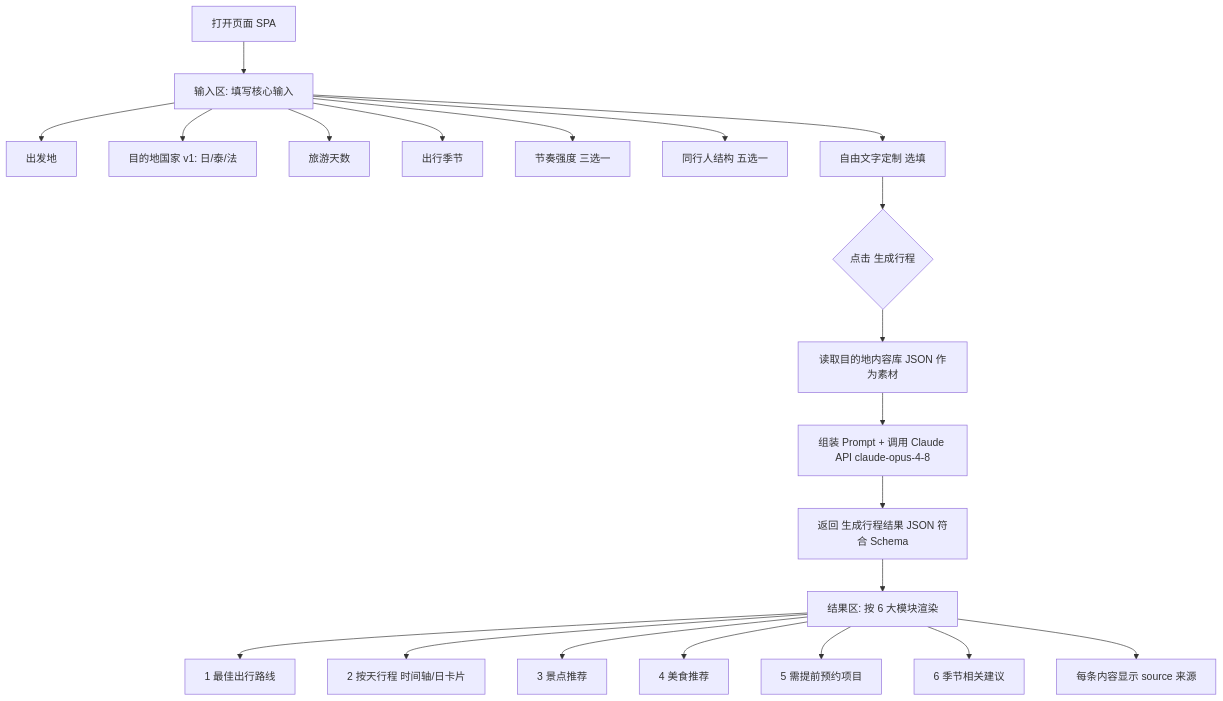
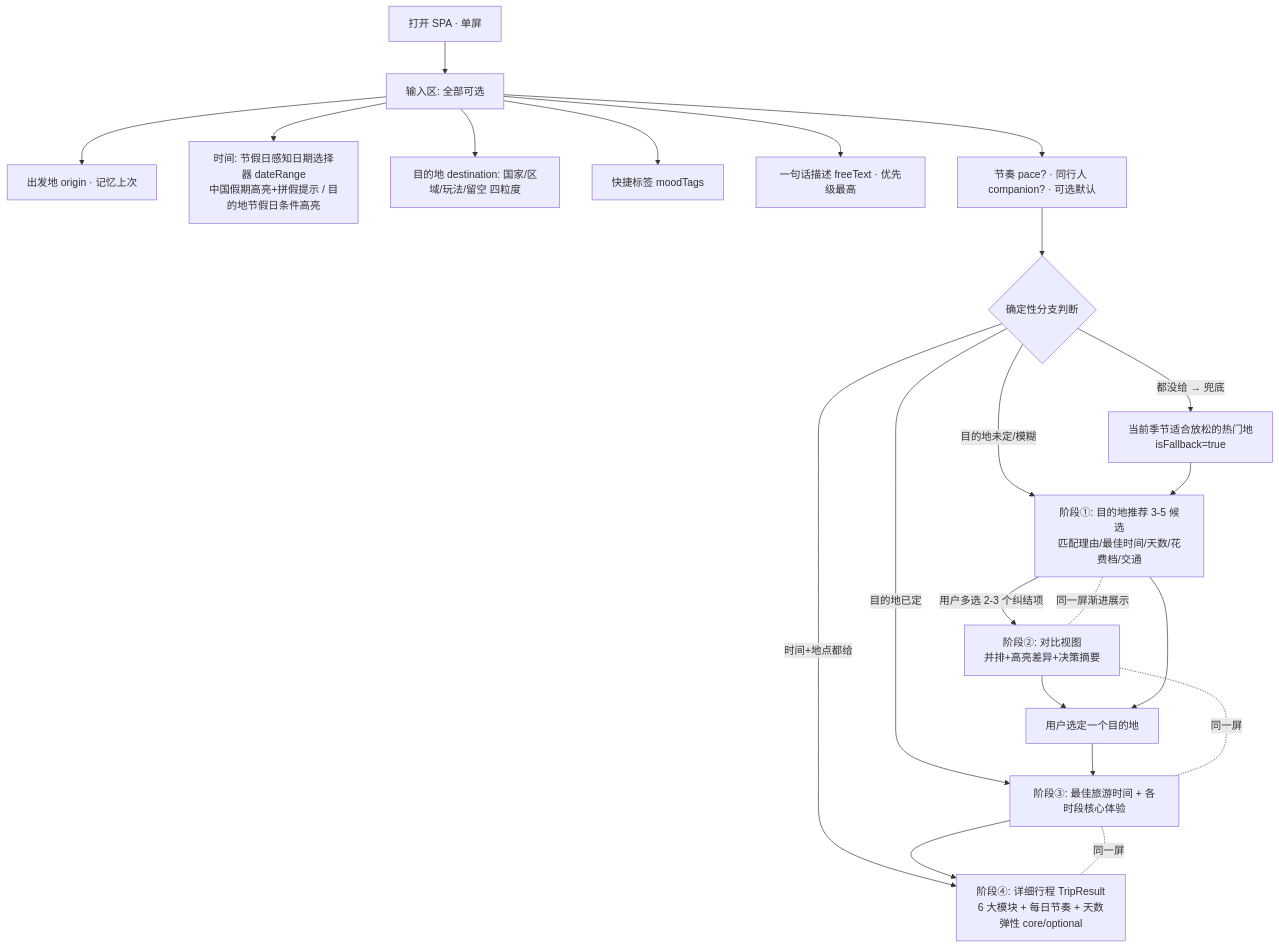
Before and after one commit to orieangulu-creator/happyforfun: the diagram in docs/PRD.md, drawn with Mermaid. The commit also changed other lines of this file and 2 other files, not shown here.

First line of the commit message:
M1 v2: rework PRD & schema for bidirectional matching, zero-required input

````diff
--- a/docs/PRD.md
+++ b/docs/PRD.md
@@ -125,23 +131,29 @@
 ```mermaid
 flowchart TD
-    A[打开页面 SPA] --> B[输入区: 填写核心输入]
-    B --> B1[出发地]
-    B --> B2[目的地国家 v1: 日/泰/法]
-    B --> B3[旅游天数]
-    B --> B4[出行季节]
-    B --> B5[节奏强度 三选一]
-    B --> B6[同行人结构 五选一]
-    B --> B7[自由文字定制 选填]
-    B7 --> C{点击 生成行程}
-    C --> D[读取目的地内容库 JSON 作为素材]
-    D --> E[组装 Prompt + 调用 Claude API claude-opus-4-8]
-    E --> F[返回 生成行程结果 JSON 符合 Schema]
-    F --> G[结果区: 按 6 大模块渲染]
-    G --> G1[1 最佳出行路线]
-    G --> G2[2 按天行程 时间轴/日卡片]
-    G --> G3[3 景点推荐]
-    G --> G4[4 美食推荐]
-    G --> G5[5 需提前预约项目]
-    G --> G6[6 季节相关建议]
-    G --> H[每条内容显示 source 来源]
+    A[打开 SPA · 单屏] --> B[输入区: 全部可选]
+    B --> B1[出发地 origin · 记忆上次]
+    B --> B2[时间: 节假日感知日期选择器 dateRange<br/>中国假期高亮+拼假提示 / 目的地节假日条件高亮]
+    B --> B3[目的地 destination: 国家/区域/玩法/留空 四粒度]
+    B --> B4[快捷标签 moodTags]
+    B --> B5[一句话描述 freeText · 优先级最高]
+    B --> B6[节奏 pace? · 同行人 companion? · 可选默认]
+    B6 --> C{确定性分支判断}
+
+    C -->|目的地未定/模糊| R[阶段①: 目的地推荐 3-5 候选<br/>匹配理由/最佳时间/天数/花费档/交通]
+    R -->|用户多选 2-3 个纠结项| CMP[阶段②: 对比视图<br/>并排+高亮差异+决策摘要]
+    CMP --> PICK[用户选定一个目的地]
+    R --> PICK
+
+    C -->|目的地已定| BT[阶段③: 最佳旅游时间 + 各时段核心体验]
+    PICK --> BT
+
+    C -->|时间+地点都给| TRIP
+    BT --> TRIP[阶段④: 详细行程 TripResult<br/>6 大模块 + 每日节奏 + 天数弹性 core/optional]
+
+    C -->|都没给 → 兜底| FB[当前季节适合放松的热门地<br/>isFallback=true]
+    FB --> R
+
+    R -.同一屏渐进展示.- CMP
+    CMP -.同一屏.- BT
+    BT -.同一屏.- TRIP
 ```
````
